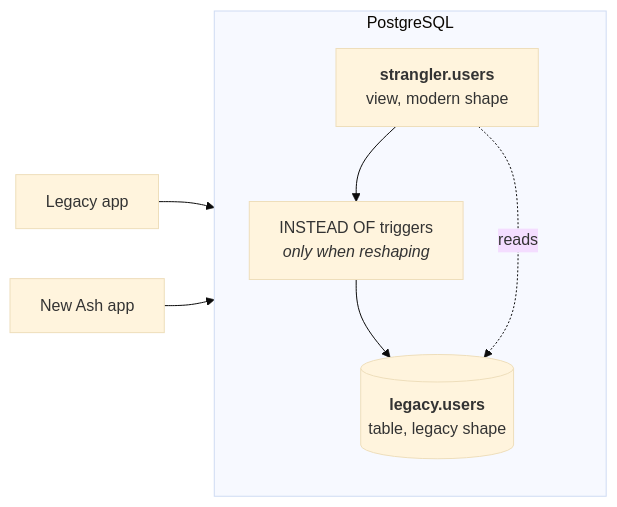
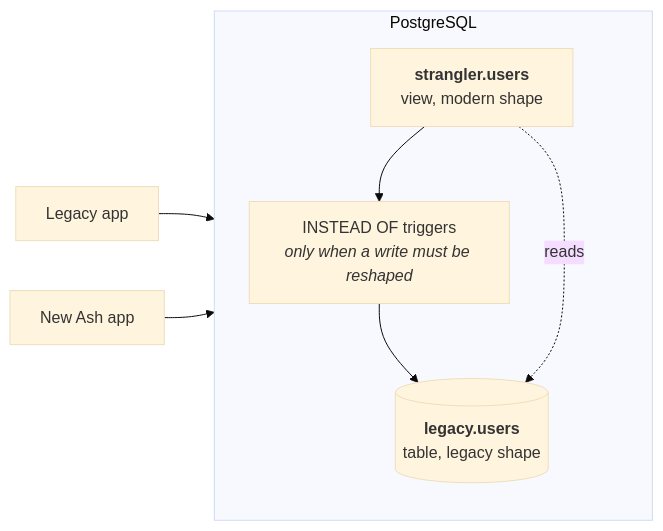
The diagram in documentation/topics/how-it-works.md (lukegalea/ash_strangler), drawn with Mermaid (base theme) before and after one commit. The commit also changed other lines of this file and 8 other files, not shown here.

````diff
--- a/documentation/topics/how-it-works.md
+++ b/documentation/topics/how-it-works.md
@@ -92,19 +76,19 @@
 ```mermaid
 flowchart LR
     legacy["Legacy app"]
     new["New Ash app"]
 
     subgraph pg ["PostgreSQL"]
         direction TB
         view["<b>strangler.users</b><br/>view, modern shape"]
-        trig["INSTEAD OF triggers<br/><i>only when reshaping</i>"]
+        trig["INSTEAD OF triggers<br/><i>only when a write must be reshaped</i>"]
         table[("<b>legacy.users</b><br/>table, legacy shape")]
 
         view --> trig
         trig --> table
         view -. "reads" .-> table
     end
 
     legacy --> table
     new --> view
 ```
````
